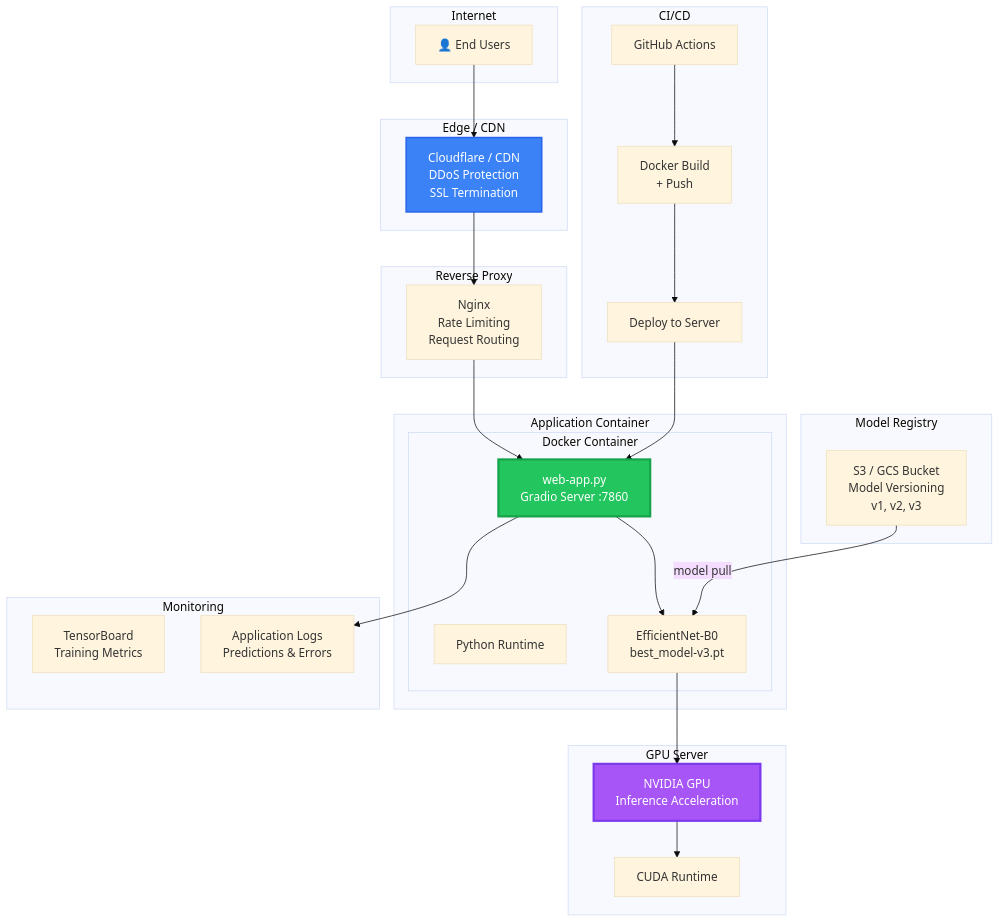
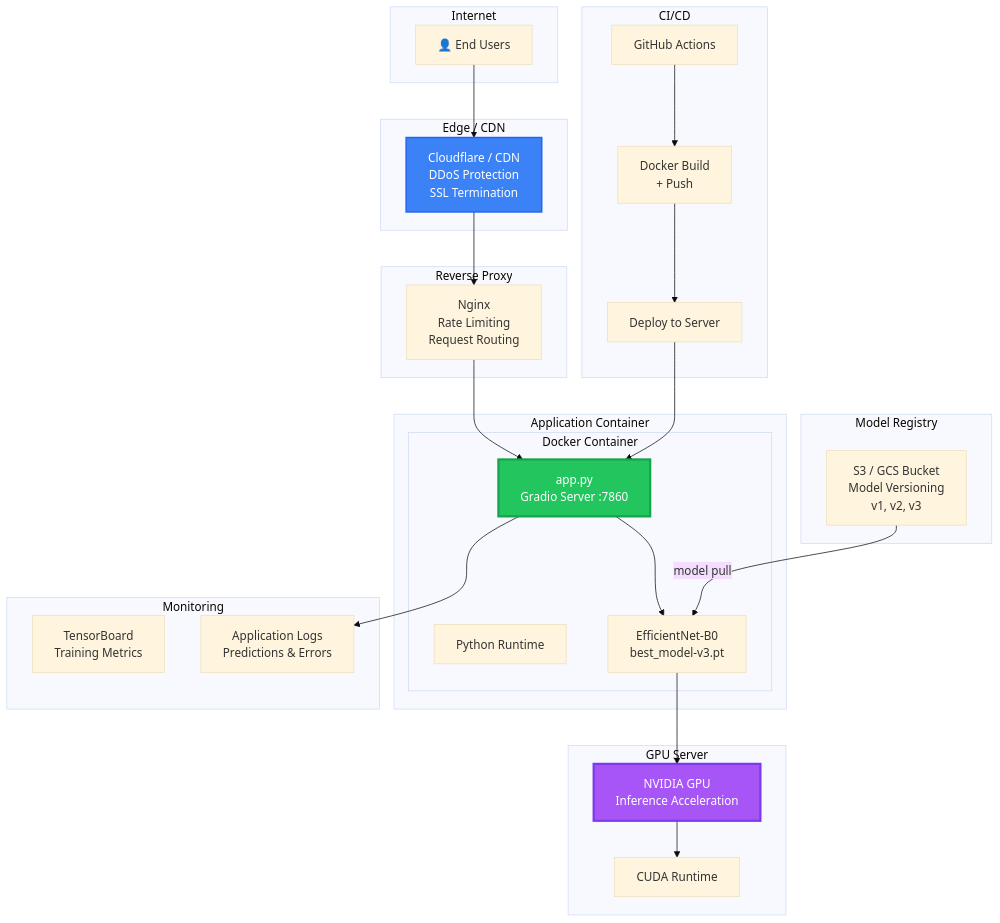
One commit to sagarbhati23/deepfake-detector changed diagram 16 of 20 in ARCHITECTURE.md. Above: the diagram before and after it, drawn with Mermaid (base theme). The commit also changed other lines of this file and 2 other files, not shown here.

Commit message:
Rename web-app.py to app.py and update references in documentation

````diff
--- a/ARCHITECTURE.md
+++ b/ARCHITECTURE.md
@@ -777,58 +777,58 @@
 ```mermaid
 graph TB
     subgraph "Internet"
         USER["👤 End Users"]
     end
 
     subgraph "Edge / CDN"
         CF["Cloudflare / CDN<br/>DDoS Protection<br/>SSL Termination"]
     end
 
     subgraph "Reverse Proxy"
         NGINX["Nginx<br/>Rate Limiting<br/>Request Routing"]
     end
 
     subgraph "Application Container"
         subgraph "Docker Container"
             PY["Python Runtime"]
-            APP["web-app.py<br/>Gradio Server :7860"]
+            APP["app.py<br/>Gradio Server :7860"]
             MODEL["EfficientNet-B0<br/>best_model-v3.pt"]
         end
     end
 
     subgraph "GPU Server"
         CUDA["CUDA Runtime"]
         GPU["NVIDIA GPU<br/>Inference Acceleration"]
     end
 
     subgraph "Model Registry"
         S3["S3 / GCS Bucket<br/>Model Versioning<br/>v1, v2, v3"]
     end
 
     subgraph "Monitoring"
         TB["TensorBoard<br/>Training Metrics"]
         LOGS["Application Logs<br/>Predictions & Errors"]
     end
 
     subgraph "CI/CD"
         GH["GitHub Actions"]
         BUILD["Docker Build<br/>+ Push"]
         DEPLOY["Deploy to Server"]
     end
 
     USER --> CF
     CF --> NGINX
     NGINX --> APP
     APP --> MODEL
     MODEL --> GPU
     GPU --> CUDA
     S3 -->|"model pull"| MODEL
     APP --> LOGS
     GH --> BUILD
     BUILD --> DEPLOY
     DEPLOY --> APP
 
     style APP fill:#22c55e,stroke:#16a34a,color:#fff,stroke-width:3px
     style GPU fill:#a855f7,stroke:#7c3aed,color:#fff,stroke-width:3px
     style CF fill:#3b82f6,stroke:#2563eb,color:#fff,stroke-width:2px
 ```
````
